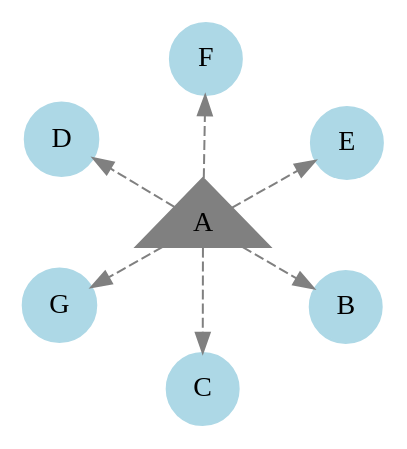
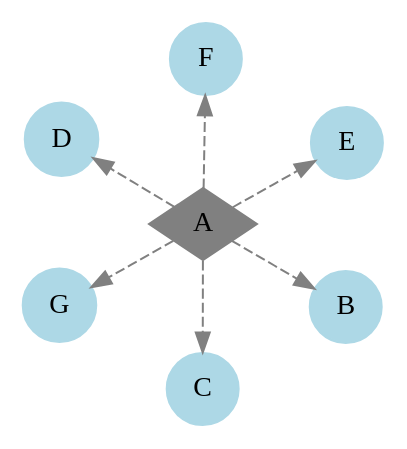
Before and after one commit to miskatul-anwar/GraphviZ-Visualize-Graphs: the seventh of 7 diagrams in README.md, drawn with Graphviz. The commit also changed 2 other files, not shown here.

Commit message:
Changes to be committed: 	modified:   README.md 	modified:   src/7.gv 	modified:   target/07.png

````diff
--- a/README.md
+++ b/README.md
@@ -123,9 +123,9 @@
 ```dot
 digraph G {
   layout = neato
   node [shape=circle,style=filled, color=lightblue]
   edge [style=dashed, color=grey]
   A-> {B,C,D,E,F,G}
-  A [ shape=triangle,color=grey]
+  A [ shape=diamond,color=grey]
 }
 ```
````
